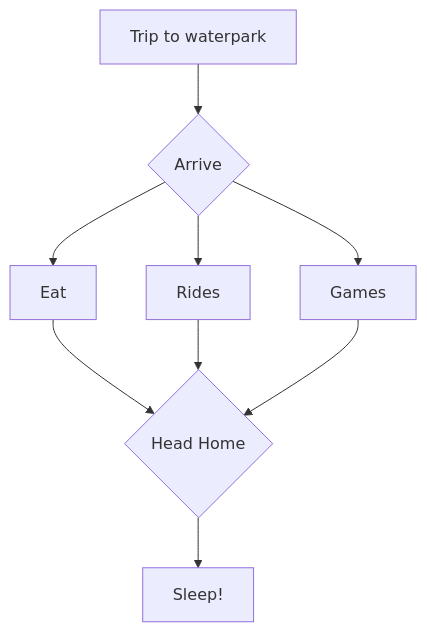
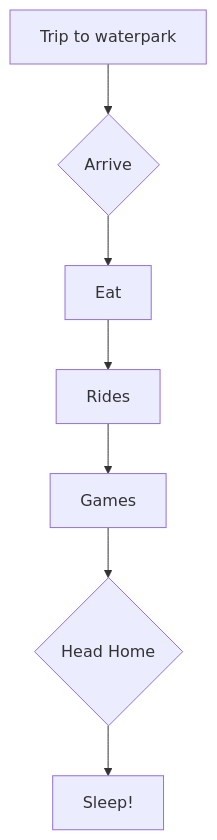
One commit to SMahabeer1/smahabeer1.github.io changed the diagram in Diagram.md. Above: the diagram before and after it, drawn with Mermaid.

````diff
--- a/Diagram.md
+++ b/Diagram.md
@@ -1,13 +1,11 @@
 ```mermaid
 flowchart TD
  A[Trip to waterpark]-->B{Arrive}
  B-->C[Eat]
- B-->D[Rides]
- B-->E[Games]
- C-->F{Head Home}
- D-->F
- E-->F
+ C-->D[Rides]
+ D-->E[Games]
+ E-->F{Head Home}
  F-->G[Sleep!]
  
 
 ```
````
